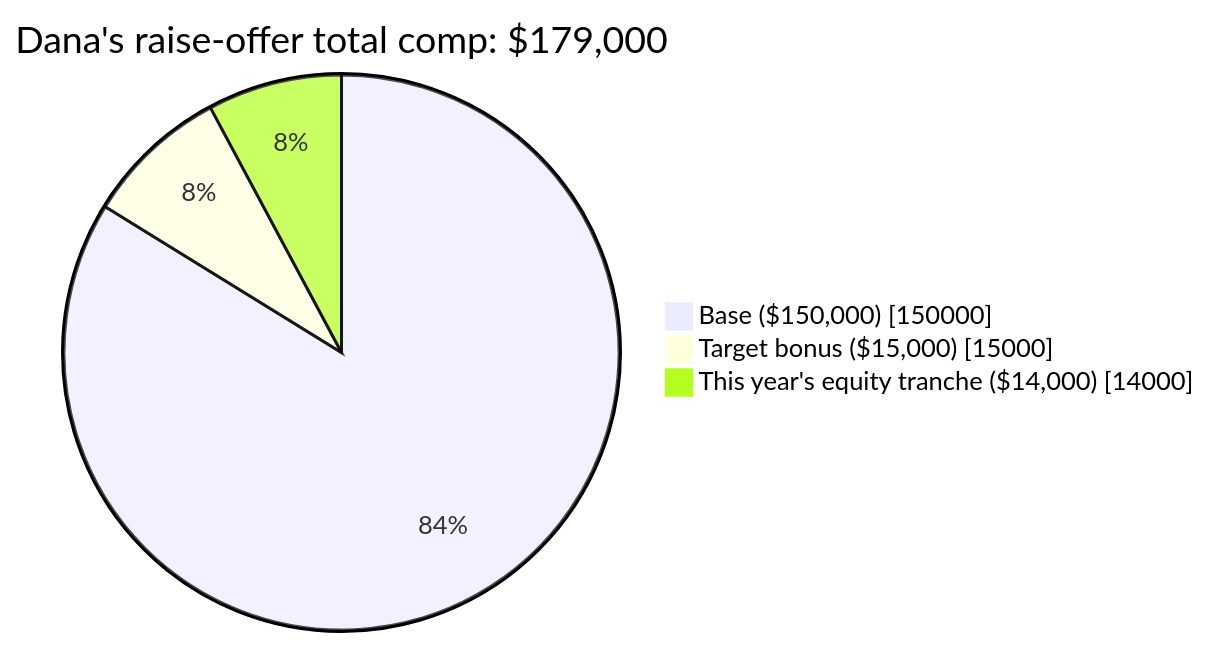
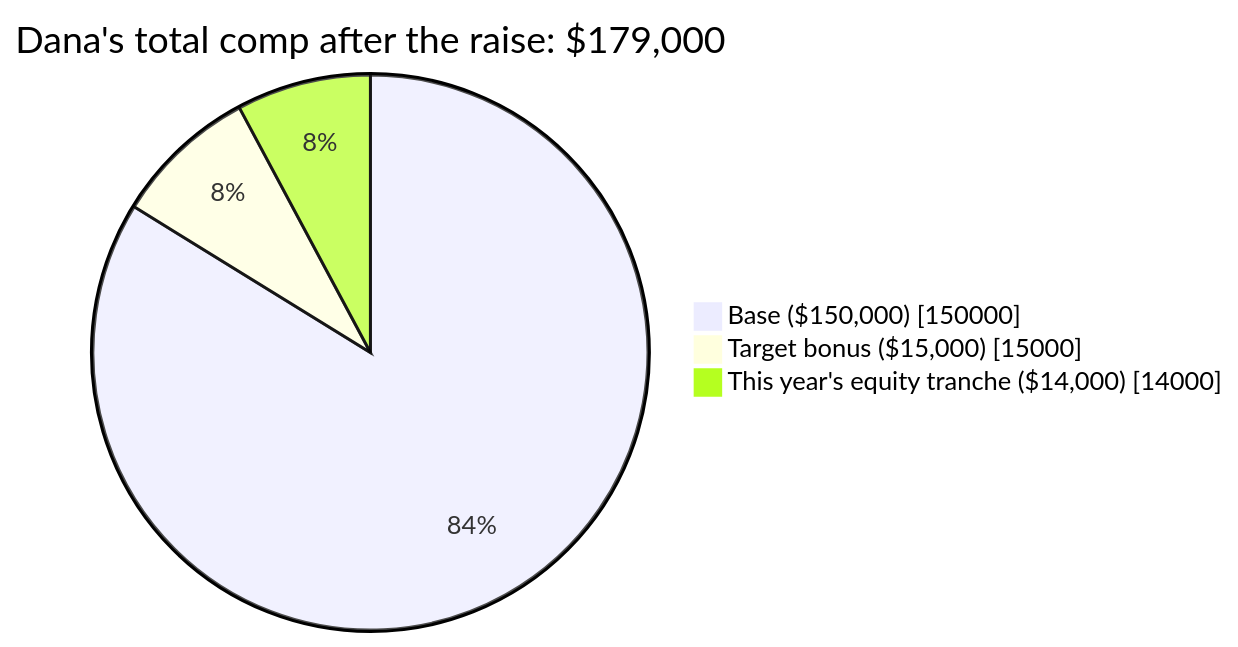
The first of 2 diagrams in src/content/career-craft/market-research/L1-summary.mdx (francoandreDev/knowledge), drawn with Mermaid before and after one commit. The commit also changed other lines of this file and 3 other files, not shown here.

````diff
--- a/src/content/career-craft/market-research/L1-summary.mdx
+++ b/src/content/career-craft/market-research/L1-summary.mdx
@@ -63,7 +78,7 @@
 ```mermaid
 pie showData
-    title Dana's raise-offer total comp: $179,000
+    title Dana's total comp after the raise: $179,000
     "Base ($150,000)" : 150000
     "Target bonus ($15,000)" : 15000
     "This year's equity tranche ($14,000)" : 14000
 ```
````
